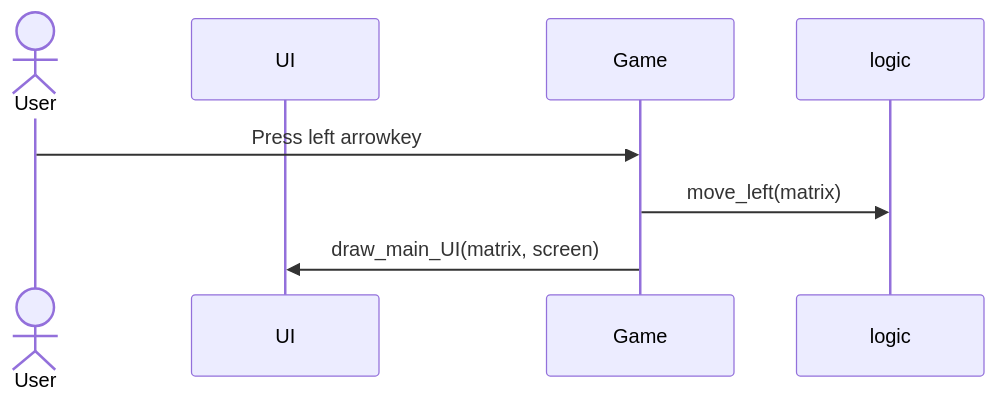
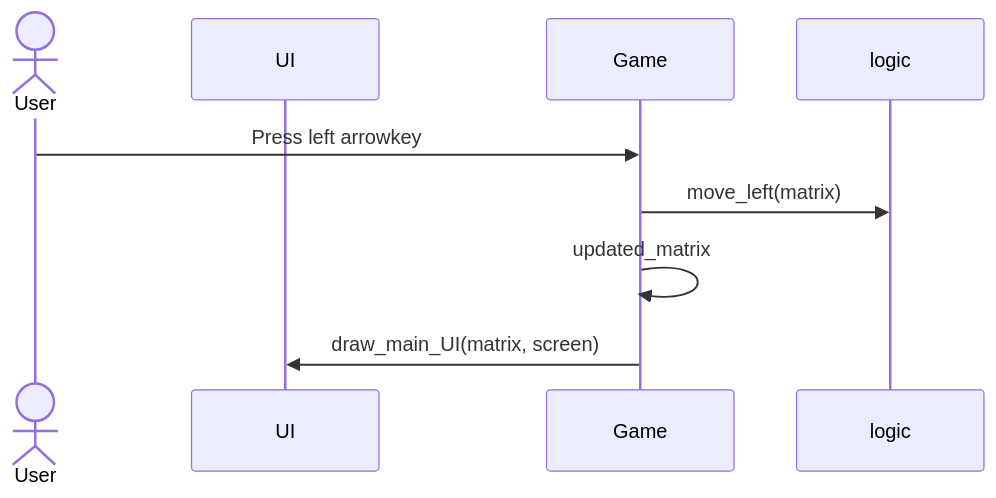
The first of 2 diagrams in Dokumentaatio/arkkitehtuuri.md (Jusq17/ot-harjoitustyo), drawn with Mermaid before and after one commit.

````diff
--- a/Dokumentaatio/arkkitehtuuri.md
+++ b/Dokumentaatio/arkkitehtuuri.md
@@ -44,10 +44,11 @@
 ```mermaid
 sequenceDiagram
   actor User
   participant UI
   participant Game
   participant logic
   User->>Game: Press left arrowkey
   Game->>logic: move_left(matrix)
+  Game->>Game: updated_matrix
   Game->>UI: draw_main_UI(matrix, screen)
 ```
````
